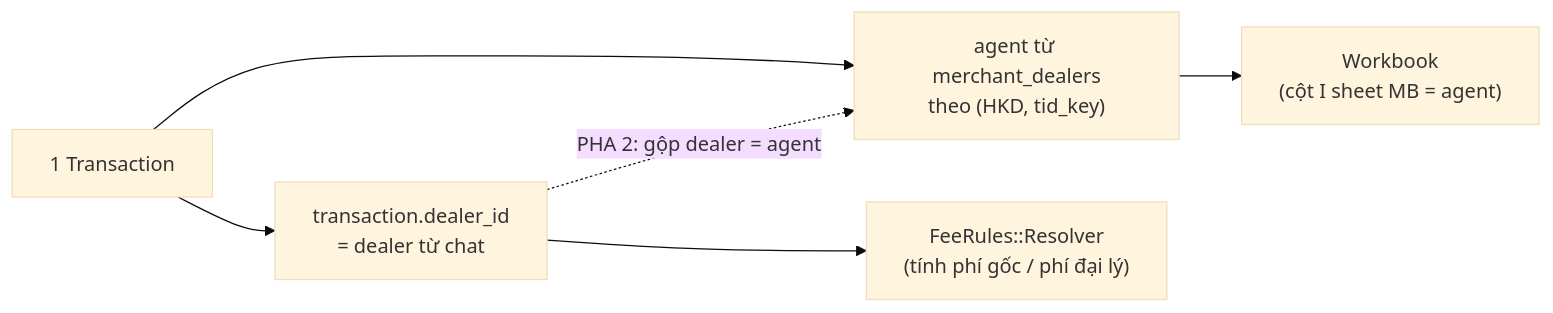
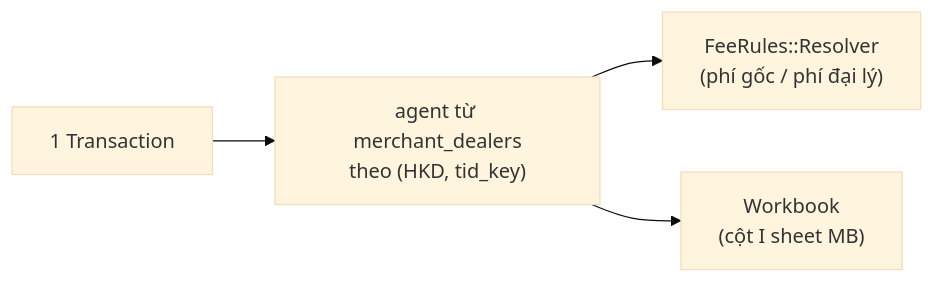
The third of 4 diagrams in docs/FLOW_HELLO_SMC_WORKBOOK.md (danglap68/hellosmc), drawn with Mermaid (base theme) before and after one commit. The commit also changed other lines of this file and 16 other files, not shown here.

````diff
--- a/docs/FLOW_HELLO_SMC_WORKBOOK.md
+++ b/docs/FLOW_HELLO_SMC_WORKBOOK.md
@@ -75,8 +75,6 @@
 ```mermaid
 flowchart LR
-    TX["1 Transaction"] --> DA["transaction.dealer_id<br/>= dealer từ chat"]
-    TX --> AG["agent từ merchant_dealers<br/>theo (HKD, tid_key)"]
-    DA --> FR["FeeRules::Resolver<br/>(tính phí gốc / phí đại lý)"]
-    AG --> WB["Workbook<br/>(cột I sheet MB = agent)"]
-    DA -. "PHA 2: gộp dealer = agent" .-> AG
+    TX["1 Transaction"] --> AG["agent từ merchant_dealers<br/>theo (HKD, tid_key)"]
+    AG --> FR["FeeRules::Resolver<br/>(phí gốc / phí đại lý)"]
+    AG --> WB["Workbook<br/>(cột I sheet MB)"]
 ```
````
